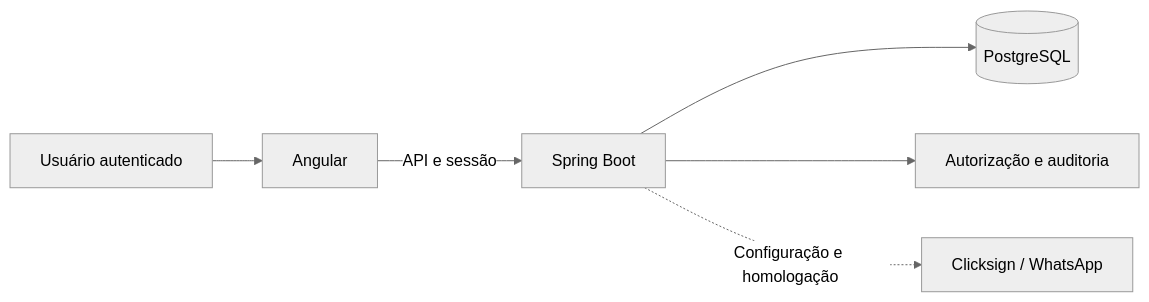
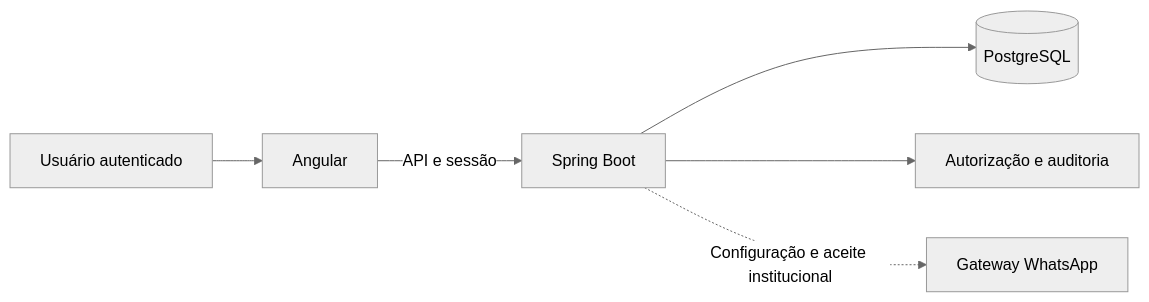
One commit to dlr-1337/SAGER changed the diagram in README.md. Above: the diagram before and after it, drawn with Mermaid (neutral theme). The commit also changed other lines of this file and 111 other files, not shown here.

Commit message:
docs: registra decisões, operação do WhatsApp e especificações OpenSpec

````diff
--- a/README.md
+++ b/README.md
@@ -39,8 +39,8 @@
 ```mermaid
 flowchart LR
     U[Usuário autenticado] --> F[Angular]
     F -->|API e sessão| B[Spring Boot]
     B --> P[(PostgreSQL)]
     B --> A[Autorização e auditoria]
-    B -. Configuração e homologação .-> I[Clicksign / WhatsApp]
+    B -. Configuração e aceite institucional .-> I[Gateway WhatsApp]
 ```
````
